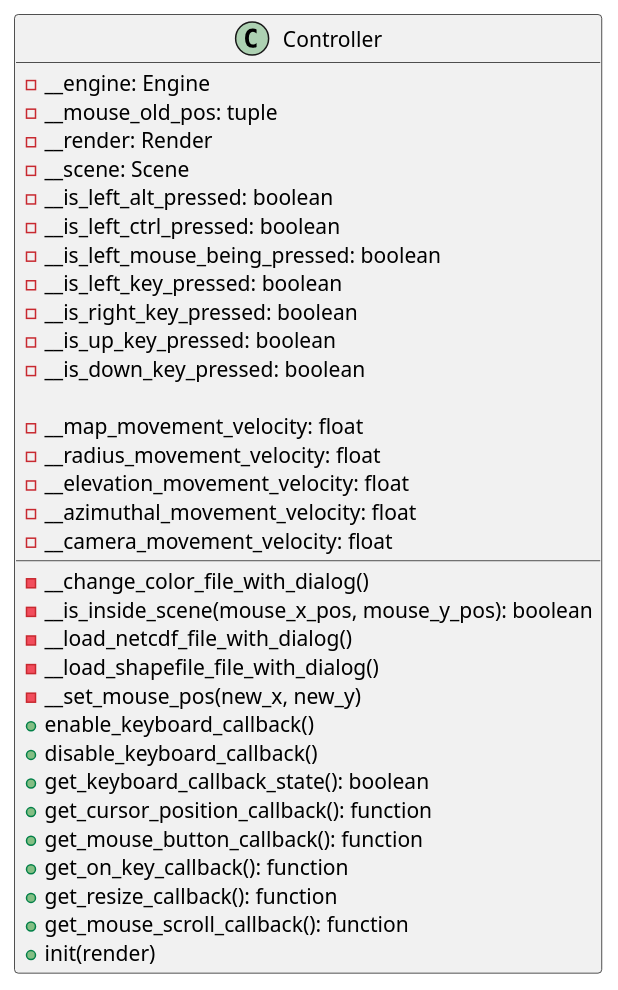
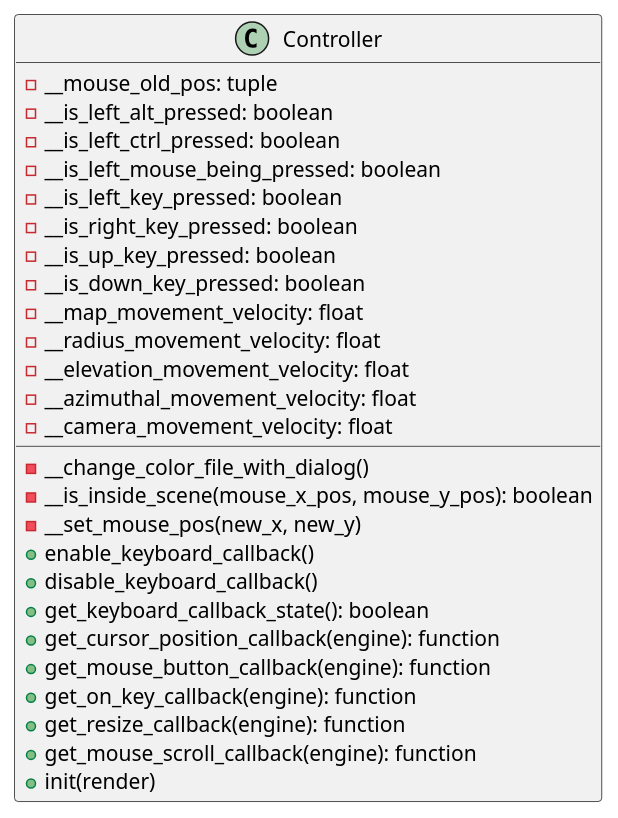
One commit to ferpoble2/Relief_Creator changed the diagram in docs/classes/Controller.puml. Above: the diagram before and after it, drawn with PlantUML. The commit also changed 4 other files, not shown here.

```diff
--- a/docs/classes/Controller.puml
+++ b/docs/classes/Controller.puml
@@ -1,37 +1,31 @@
 @startuml
 class Controller {
-    - __engine: Engine
     - __mouse_old_pos: tuple
-    - __render: Render
-    - __scene: Scene
     - __is_left_alt_pressed: boolean
     - __is_left_ctrl_pressed: boolean
     - __is_left_mouse_being_pressed: boolean
     - __is_left_key_pressed: boolean
     - __is_right_key_pressed: boolean
     - __is_up_key_pressed: boolean
     - __is_down_key_pressed: boolean
-
     - __map_movement_velocity: float
     - __radius_movement_velocity: float
     - __elevation_movement_velocity: float
     - __azimuthal_movement_velocity: float
     - __camera_movement_velocity: float
 
 
     - __change_color_file_with_dialog()
     - __is_inside_scene(mouse_x_pos, mouse_y_pos): boolean
-    - __load_netcdf_file_with_dialog()
-    - __load_shapefile_file_with_dialog()
     - __set_mouse_pos(new_x, new_y)
     + enable_keyboard_callback()
     + disable_keyboard_callback()
     + get_keyboard_callback_state(): boolean
-    + get_cursor_position_callback(): function
-    + get_mouse_button_callback(): function
-    + get_on_key_callback(): function
-    + get_resize_callback(): function
-    + get_mouse_scroll_callback(): function
+    + get_cursor_position_callback(engine): function
+    + get_mouse_button_callback(engine): function
+    + get_on_key_callback(engine): function
+    + get_resize_callback(engine): function
+    + get_mouse_scroll_callback(engine): function
     + init(render)
 }
 @enduml
```
